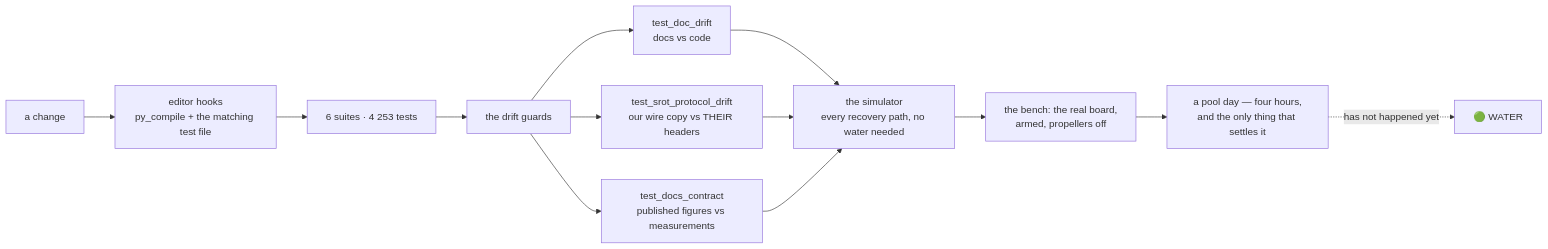
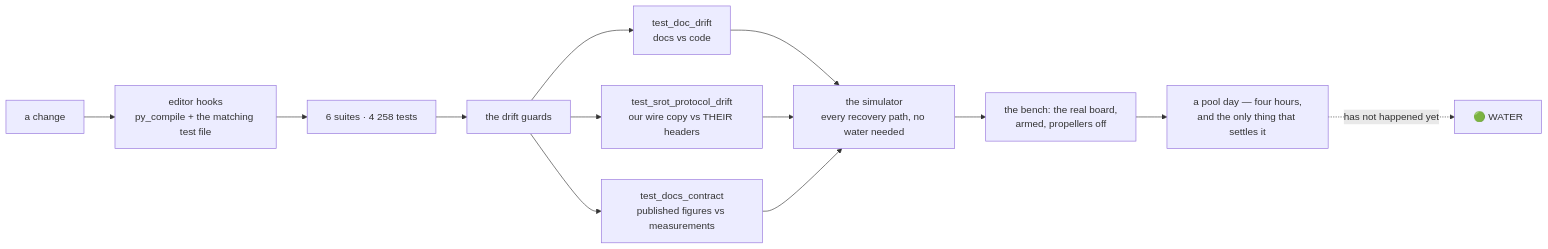
Before and after one commit to fh1m/mongla_ws: the ninth of 10 diagrams in README.md, drawn with Mermaid. The commit also changed other lines of this file and 7 other files, not shown here.

````diff
--- a/README.md
+++ b/README.md
@@ -752,15 +752,15 @@
 ```mermaid
 flowchart LR
     DEV["a change"] --> HOOK["editor hooks<br/>py_compile + the matching test file"]
-    HOOK --> UNIT["6 suites · 4 253 tests"]
+    HOOK --> UNIT["6 suites · 4 258 tests"]
     UNIT --> GUARD["the drift guards"]
     GUARD --> G1["test_doc_drift<br/>docs vs code"]
     GUARD --> G2["test_srot_protocol_drift<br/>our wire copy vs THEIR headers"]
     GUARD --> G3["test_docs_contract<br/>published figures vs measurements"]
     G1 --> SIM["the simulator<br/>every recovery path, no water needed"]
     G2 --> SIM
     G3 --> SIM
     SIM --> BENCH["the bench: the real board,<br/>armed, propellers off"]
     BENCH --> POOL["a pool day — four hours,<br/>and the only thing that settles it"]
     POOL -.->|"has not happened yet"| WATER["🟢 WATER"]
 ```
````
